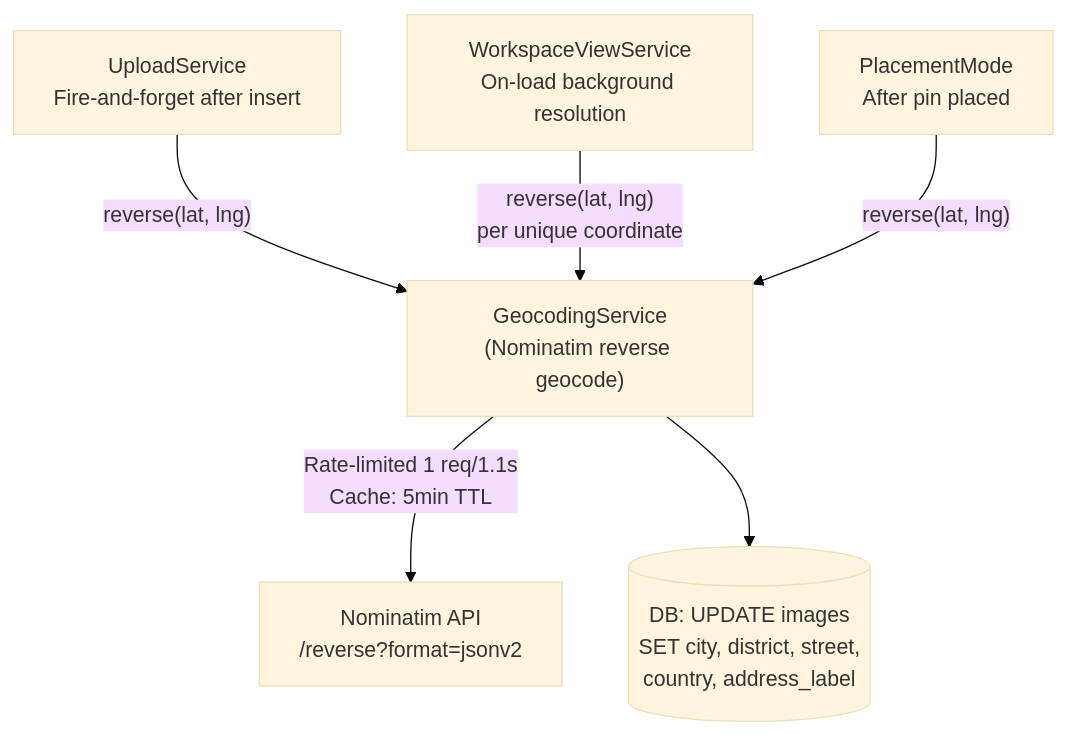
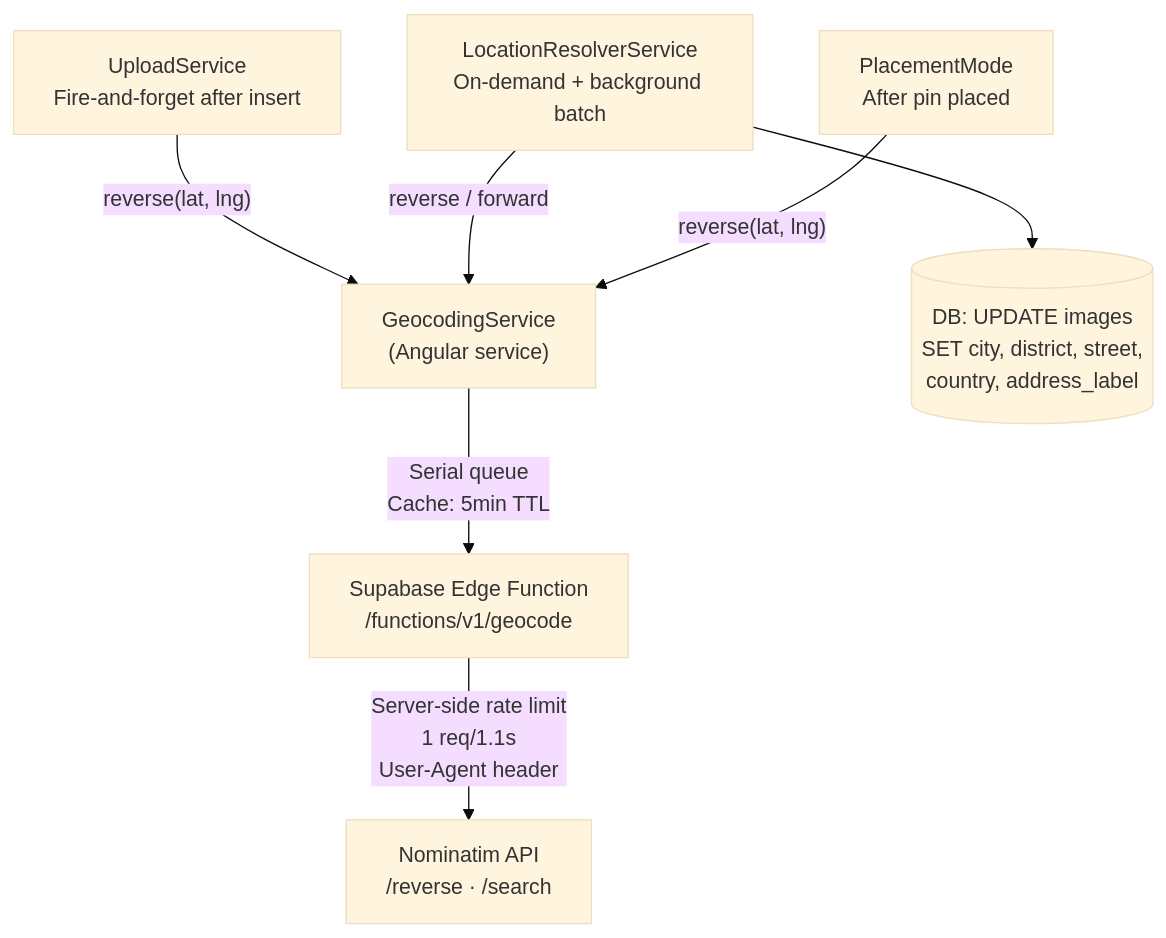
One commit to matkleve/sitesnap changed the third of 4 diagrams in docs/address-resolver.md. Above: the diagram before and after it, drawn with Mermaid (base theme). The commit also changed other lines of this file and 4 other files, not shown here.

Commit message:
feat: implement Supabase Edge Function for geocoding, replacing direct Nominatim calls and adding server-side rate limiting

````diff
--- a/docs/address-resolver.md
+++ b/docs/address-resolver.md
@@ -327,11 +327,12 @@
 ```mermaid
 flowchart TD
-    GCS["GeocodingService\n(Nominatim reverse geocode)"]
+    GCS["GeocodingService\n(Angular service)"]
 
     UPS["UploadService\nFire-and-forget after insert"] -->|"reverse(lat, lng)"| GCS
-    WVS["WorkspaceViewService\nOn-load background resolution"] -->|"reverse(lat, lng)\nper unique coordinate"| GCS
+    LRS["LocationResolverService\nOn-demand + background batch"] -->|"reverse / forward"| GCS
     PM["PlacementMode\nAfter pin placed"] -->|"reverse(lat, lng)"| GCS
 
-    GCS -->|"Rate-limited 1 req/1.1s\nCache: 5min TTL"| NOM["Nominatim API\n/reverse?format=jsonv2"]
-    GCS --> DB_UPD[("DB: UPDATE images\nSET city, district, street,\ncountry, address_label")]
+    GCS -->|"Serial queue\nCache: 5min TTL"| EF["Supabase Edge Function\n/functions/v1/geocode"]
+    EF -->|"Server-side rate limit\n1 req/1.1s\nUser-Agent header"| NOM["Nominatim API\n/reverse · /search"]
+    LRS --> DB_UPD[("DB: UPDATE images\nSET city, district, street,\ncountry, address_label")]
 ```
````
